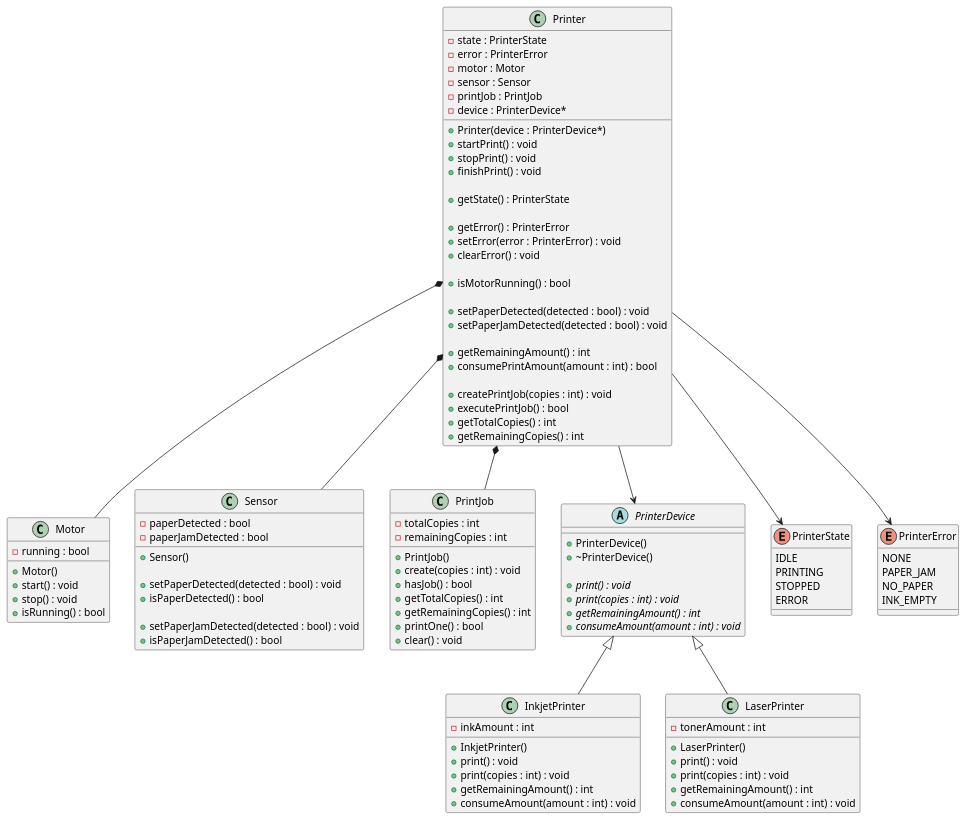
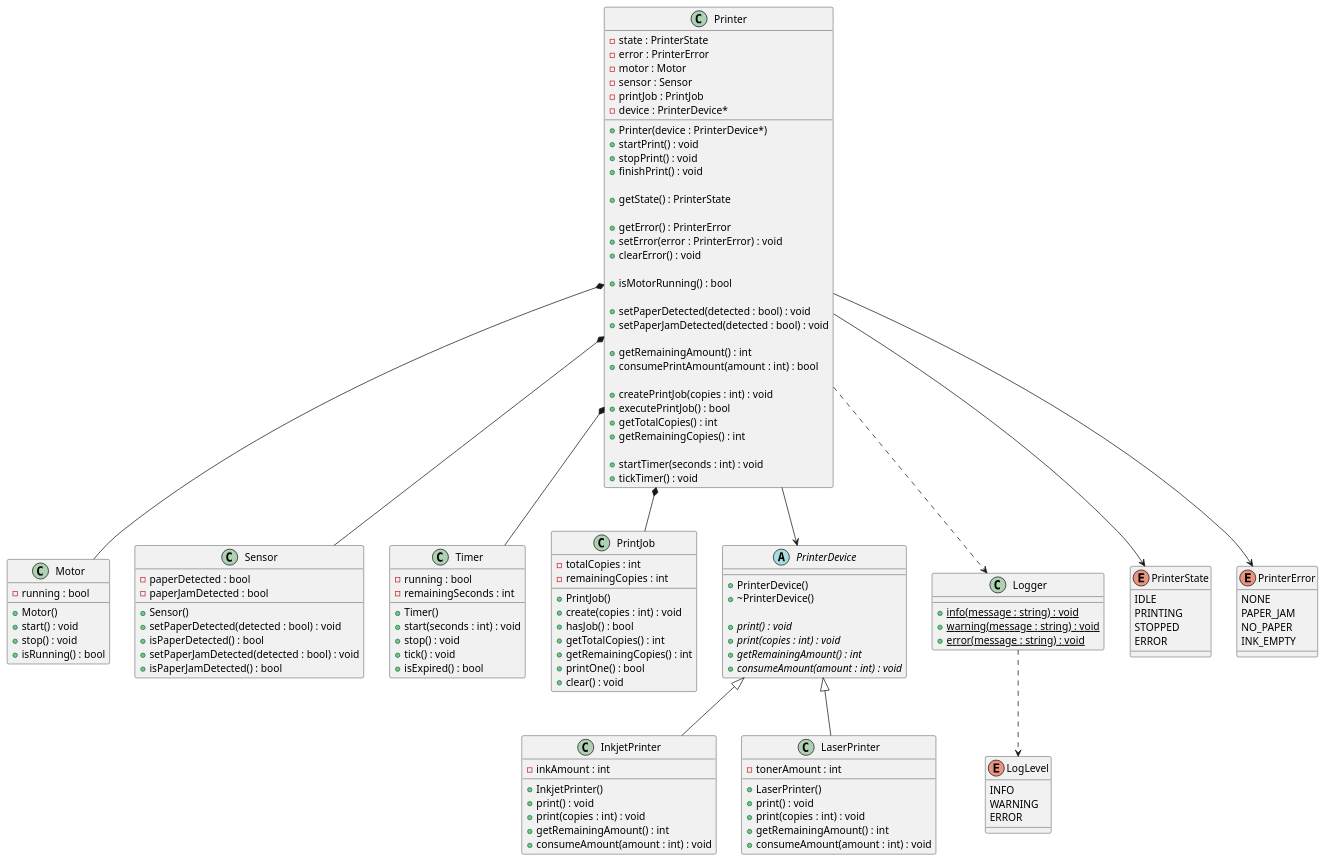
One commit to hiroshi-tak/print-simulator changed the diagram in docs/class.puml. Above: the diagram before and after it, drawn with PlantUML. The commit also changed 2 other files, not shown here.

Commit message:
edit readme and uml

```diff
--- a/docs/class.puml
+++ b/docs/class.puml
@@ -1,126 +1,154 @@
 @startuml
 
 class Printer {
     - state : PrinterState
     - error : PrinterError
     - motor : Motor
     - sensor : Sensor
     - printJob : PrintJob
     - device : PrinterDevice*
 
     + Printer(device : PrinterDevice*)
     + startPrint() : void
     + stopPrint() : void
     + finishPrint() : void
 
     + getState() : PrinterState
 
     + getError() : PrinterError
     + setError(error : PrinterError) : void
     + clearError() : void
 
     + isMotorRunning() : bool
 
     + setPaperDetected(detected : bool) : void
     + setPaperJamDetected(detected : bool) : void
 
     + getRemainingAmount() : int
     + consumePrintAmount(amount : int) : bool
 
     + createPrintJob(copies : int) : void
     + executePrintJob() : bool
     + getTotalCopies() : int
     + getRemainingCopies() : int
+
+    + startTimer(seconds : int) : void
+    + tickTimer() : void
 }
 
 class Motor {
     - running : bool
 
     + Motor()
     + start() : void
     + stop() : void
     + isRunning() : bool
 }
 
 class Sensor {
     - paperDetected : bool
     - paperJamDetected : bool
 
     + Sensor()
-
     + setPaperDetected(detected : bool) : void
     + isPaperDetected() : bool
-
     + setPaperJamDetected(detected : bool) : void
     + isPaperJamDetected() : bool
+}
+
+class Timer {
+    - running : bool
+    - remainingSeconds : int
+
+    + Timer()
+    + start(seconds : int) : void
+    + stop() : void
+    + tick() : void
+    + isExpired() : bool
 }
 
 class PrintJob {
     - totalCopies : int
     - remainingCopies : int
 
     + PrintJob()
     + create(copies : int) : void
     + hasJob() : bool
     + getTotalCopies() : int
     + getRemainingCopies() : int
     + printOne() : bool
     + clear() : void
 }
 
 abstract class PrinterDevice {
     + PrinterDevice()
     + ~PrinterDevice()
 
     {abstract} + print() : void
     {abstract} + print(copies : int) : void
     {abstract} + getRemainingAmount() : int
     {abstract} + consumeAmount(amount : int) : void
 }
 
 class InkjetPrinter {
     - inkAmount : int
 
     + InkjetPrinter()
     + print() : void
     + print(copies : int) : void
     + getRemainingAmount() : int
     + consumeAmount(amount : int) : void
 }
 
 class LaserPrinter {
     - tonerAmount : int
 
     + LaserPrinter()
     + print() : void
     + print(copies : int) : void
     + getRemainingAmount() : int
     + consumeAmount(amount : int) : void
 }
 
+class Logger {
+    {static} + info(message : string) : void
+    {static} + warning(message : string) : void
+    {static} + error(message : string) : void
+}
+
 enum PrinterState {
     IDLE
     PRINTING
     STOPPED
     ERROR
 }
 
 enum PrinterError {
     NONE
     PAPER_JAM
     NO_PAPER
     INK_EMPTY
 }
 
 Printer --> PrinterState
 Printer --> PrinterError
 
 Printer *-- Motor
 Printer *-- Sensor
 Printer *-- PrintJob
+Printer *-- Timer
 Printer --> PrinterDevice
 
 PrinterDevice <|-- InkjetPrinter
 PrinterDevice <|-- LaserPrinter
 
+Printer ..> Logger
+Logger ..> LogLevel
+
+enum LogLevel {
+    INFO
+    WARNING
+    ERROR
+}
+
 @enduml
```
